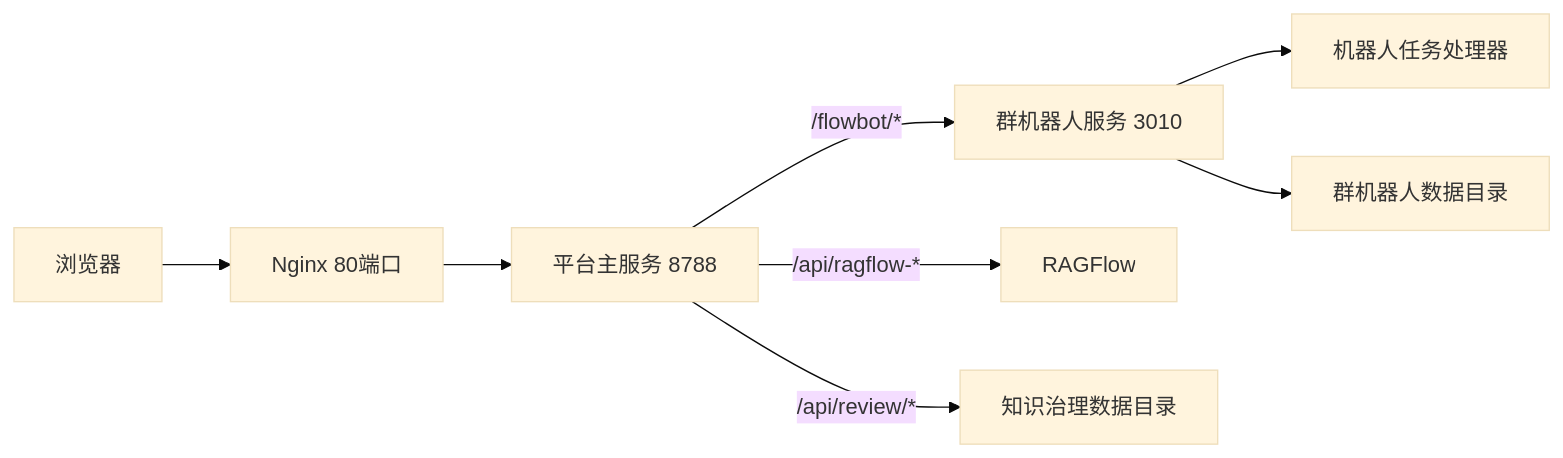
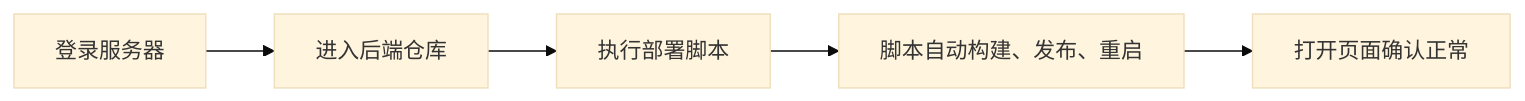
The seventh of 7 diagrams in flowbot-knowledge-data-flow.md (EthanScriptOn/ai_platform), drawn with Mermaid (base theme) before and after one commit. The commit also changed other lines of this file, not shown here.

Commit message:
docs: update flowbot knowledge flow

````diff
--- a/flowbot-knowledge-data-flow.md
+++ b/flowbot-knowledge-data-flow.md
@@ -550,10 +233,7 @@
 ```mermaid
 flowchart LR
-  browser[浏览器] --> nginx[Nginx 80端口]
-  nginx --> platform[平台主服务 8788]
-  platform -->|/flowbot/*| flowbot[群机器人服务 3010]
-  platform -->|/api/ragflow-*| ragflow[RAGFlow]
-  platform -->|/api/review/*| reviewData[知识治理数据目录]
-  flowbot --> worker[机器人任务处理器]
-  flowbot --> botData[群机器人数据目录]
+  server[登录服务器] --> code[进入后端仓库]
+  code --> deploy[执行部署脚本]
+  deploy --> done[脚本自动构建、发布、重启]
+  done --> check[打开页面确认正常]
 ```
````
